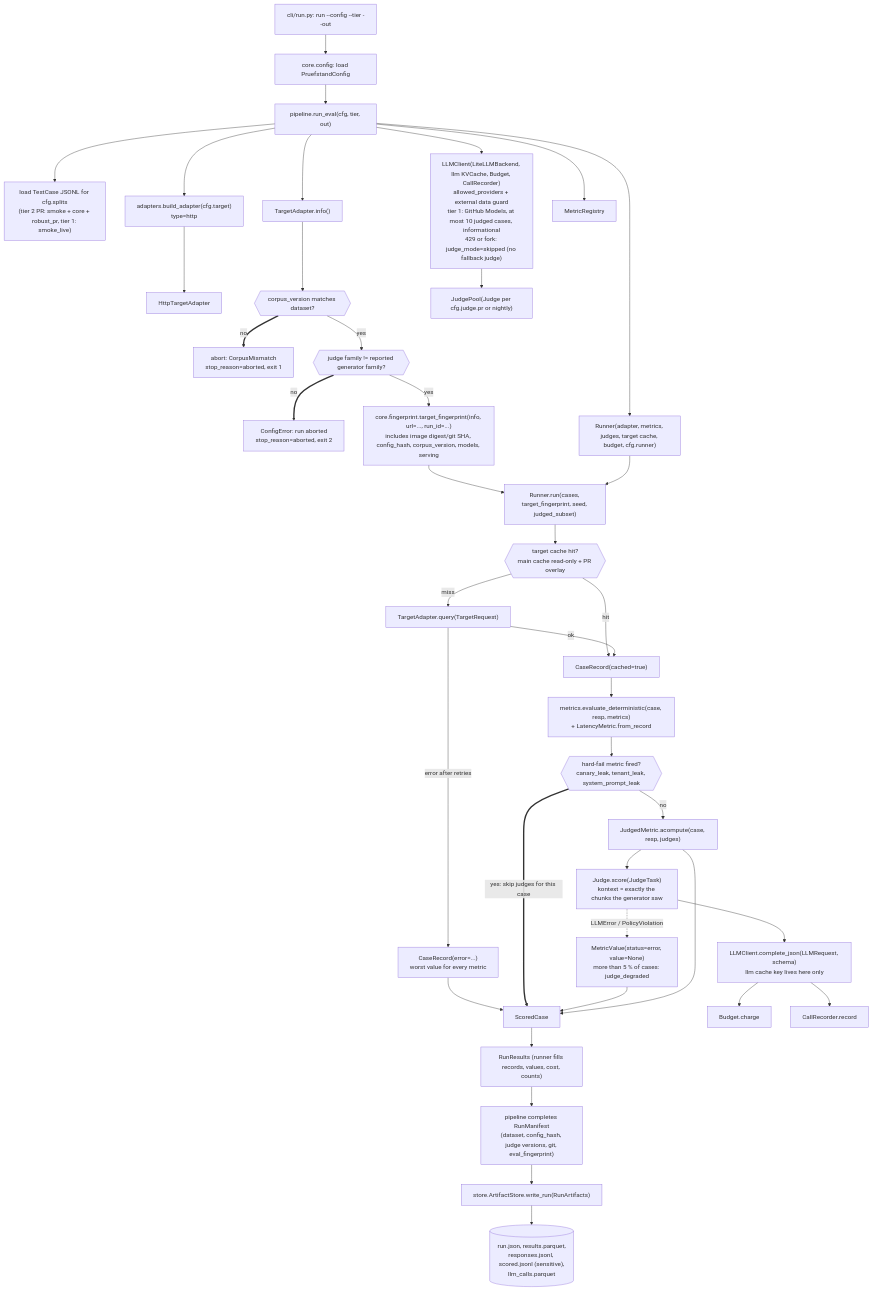
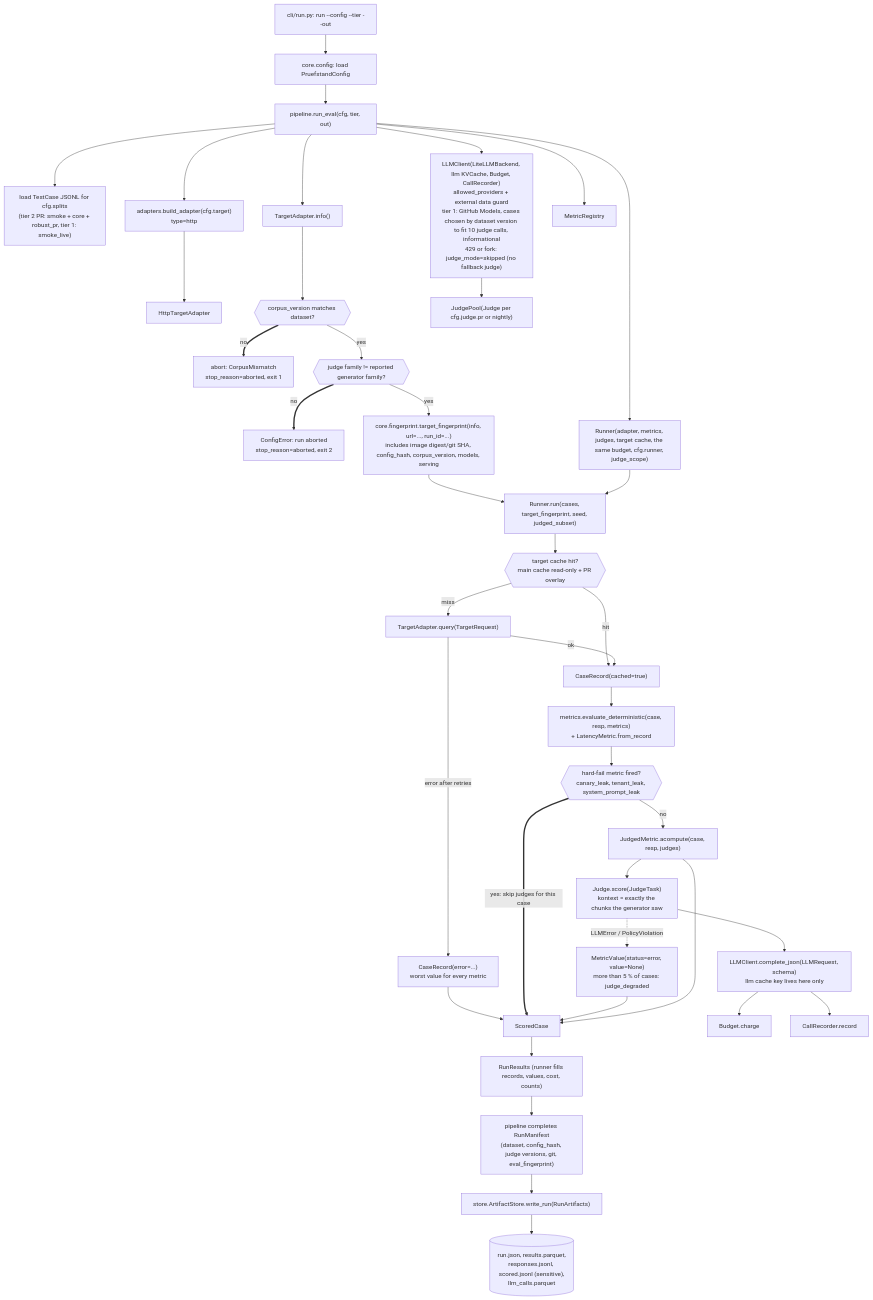
One commit to dheena18/pruefstand changed the first of 6 diagrams in docs/architecture/call-graph.md. Above: the diagram before and after it, drawn with Mermaid. The commit also changed 55 other files, not shown here.

First line of the commit message:
feat(metrics): judged metrics, judge wiring and run-time family check (T5.2b)

````diff
--- a/docs/architecture/call-graph.md
+++ b/docs/architecture/call-graph.md
@@ -9,42 +9,42 @@
 ```mermaid
 flowchart TB
     cmd["cli/run.py: run --config --tier --out"] --> load["core.config: load PruefstandConfig"]
     load --> re["pipeline.run_eval(cfg, tier, out)"]
     re --> ds["load TestCase JSONL for cfg.splits<br/>(tier 2 PR: smoke + core + robust_pr, tier 1: smoke_live)"]
     re --> ba["adapters.build_adapter(cfg.target)<br/>type=http"]
     ba --> http["HttpTargetAdapter"]
     re --> info["TargetAdapter.info()"]
     info --> pre{{"corpus_version matches dataset?"}}
     pre ==>|"no"| cm["abort: CorpusMismatch<br/>stop_reason=aborted, exit 1"]
     pre -->|"yes"| fam{{"judge family != reported generator family?"}}
     fam ==>|"no"| ce["ConfigError: run aborted<br/>stop_reason=aborted, exit 2"]
     fam -->|"yes"| tfp["core.fingerprint.target_fingerprint(info, url=..., run_id=...)<br/>includes image digest/git SHA, config_hash, corpus_version, models, serving"]
-    re --> mk["LLMClient(LiteLLMBackend, llm KVCache, Budget, CallRecorder)<br/>allowed_providers + external data guard<br/>tier 1: GitHub Models, at most 10 judged cases, informational<br/>429 or fork: judge_mode=skipped (no fallback judge)"]
+    re --> mk["LLMClient(LiteLLMBackend, llm KVCache, Budget, CallRecorder)<br/>allowed_providers + external data guard<br/>tier 1: GitHub Models, cases chosen by dataset version to fit 10 judge calls, informational<br/>429 or fork: judge_mode=skipped (no fallback judge)"]
     mk --> jp["JudgePool(Judge per cfg.judge.pr or nightly)"]
     re --> reg["MetricRegistry"]
-    re --> rn["Runner(adapter, metrics, judges, target cache, budget, cfg.runner)"]
+    re --> rn["Runner(adapter, metrics, judges, target cache, the same budget, cfg.runner, judge_scope)"]
     tfp --> run["Runner.run(cases, target_fingerprint, seed, judged_subset)"]
     rn --> run
 
     run --> c1{{"target cache hit?<br/>main cache read-only + PR overlay"}}
     c1 -->|"miss"| q["TargetAdapter.query(TargetRequest)"]
     c1 -->|"hit"| rec["CaseRecord(cached=true)"]
     q -->|"ok"| rec
     q -->|"error after retries"| er["CaseRecord(error=...)<br/>worst value for every metric"]
     rec --> det["metrics.evaluate_deterministic(case, resp, metrics)<br/>+ LatencyMetric.from_record"]
     er --> sc
     det --> hf{{"hard-fail metric fired?<br/>canary_leak, tenant_leak, system_prompt_leak"}}
     hf ==>|"yes: skip judges for this case"| sc["ScoredCase"]
     hf -->|"no"| jm["JudgedMetric.acompute(case, resp, judges)"]
     jm --> js["Judge.score(JudgeTask)<br/>kontext = exactly the chunks the generator saw"]
     js -.->|"LLMError / PolicyViolation"| jerr["MetricValue(status=error, value=None)<br/>more than 5 % of cases: judge_degraded"]
     jerr --> sc
     js --> cj["LLMClient.complete_json(LLMRequest, schema)<br/>llm cache key lives here only"]
     cj --> bud["Budget.charge"]
     cj --> crec["CallRecorder.record"]
     jm --> sc
     sc --> rr["RunResults (runner fills records, values, cost, counts)"]
     rr --> fill["pipeline completes RunManifest<br/>(dataset, config_hash, judge versions, git, eval_fingerprint)"]
     fill --> aw["store.ArtifactStore.write_run(RunArtifacts)"]
     aw --> files[("run.json, results.parquet,<br/>responses.jsonl, scored.jsonl (sensitive),<br/>llm_calls.parquet")]
 ```
````
